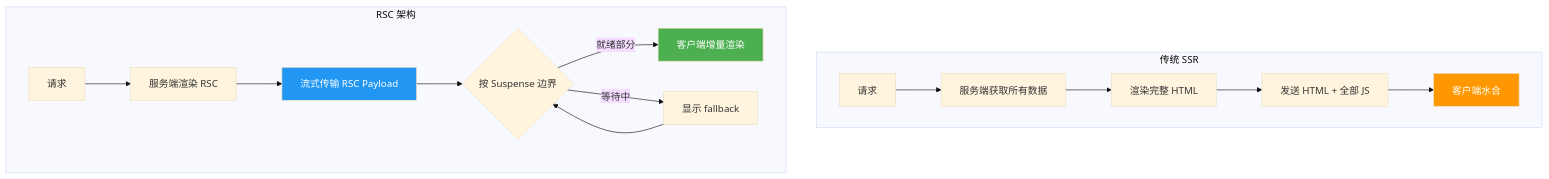
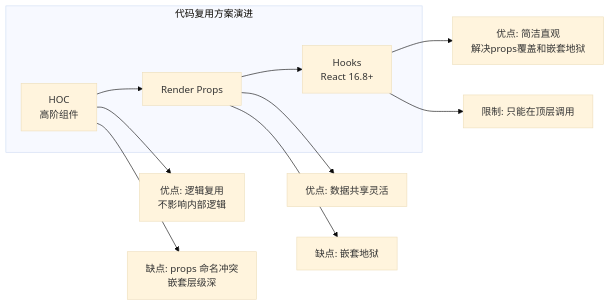
Before and after one commit to KMaybe01/common: diagram 13 of 21 in 00-基础常识/05-React-详解版.md, drawn with Mermaid (base theme). The commit also changed other lines of this file and 10 other files, not shown here.

````diff
--- a/00-基础常识/05-React-详解版.md
+++ b/00-基础常识/05-React-详解版.md
@@ -1266,22 +799,16 @@
 ```mermaid
-graph TB
-    subgraph "传统 SSR"
-        A1["请求"] --> B1["服务端获取所有数据"]
-        B1 --> C1["渲染完整 HTML"]
-        C1 --> D1["发送 HTML + 全部 JS"]
-        D1 --> E1["客户端水合"]
+flowchart LR
+    subgraph 代码复用方案演进
+        A["HOC<br/>高阶组件"] --> B["Render Props"]
+        B --> C["Hooks<br/>React 16.8+"]
     end
 
-    subgraph "RSC 架构"
-        A2["请求"] --> B2["服务端渲染 RSC"]
-        B2 --> C2["流式传输 RSC Payload"]
-        C2 --> D2{"按 Suspense 边界"}
-        D2 -->|就绪部分| E2["客户端增量渲染"]
-        D2 -->|等待中| F2["显示 fallback"]
-        F2 --> D2
-    end
+    A --> A1["优点: 逻辑复用<br/>不影响内部逻辑"]
+    A --> A2["缺点: props 命名冲突<br/>嵌套层级深"]
 
-    style E1 fill:#FF9800,color:#fff
-    style E2 fill:#4CAF50,color:#fff
-    style C2 fill:#2196F3,color:#fff
+    B --> B1["优点: 数据共享灵活"]
+    B --> B2["缺点: 嵌套地狱"]
+
+    C --> C1["优点: 简洁直观<br/>解决props覆盖和嵌套地狱"]
+    C --> C2["限制: 只能在顶层调用"]
 ```
````
